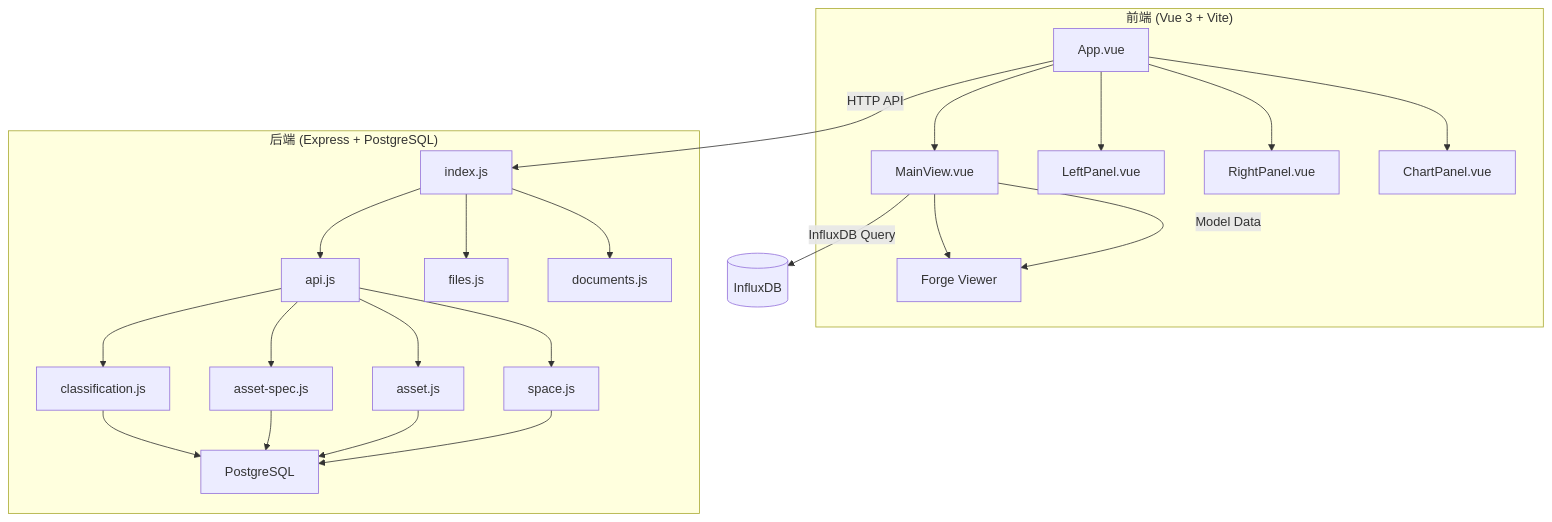
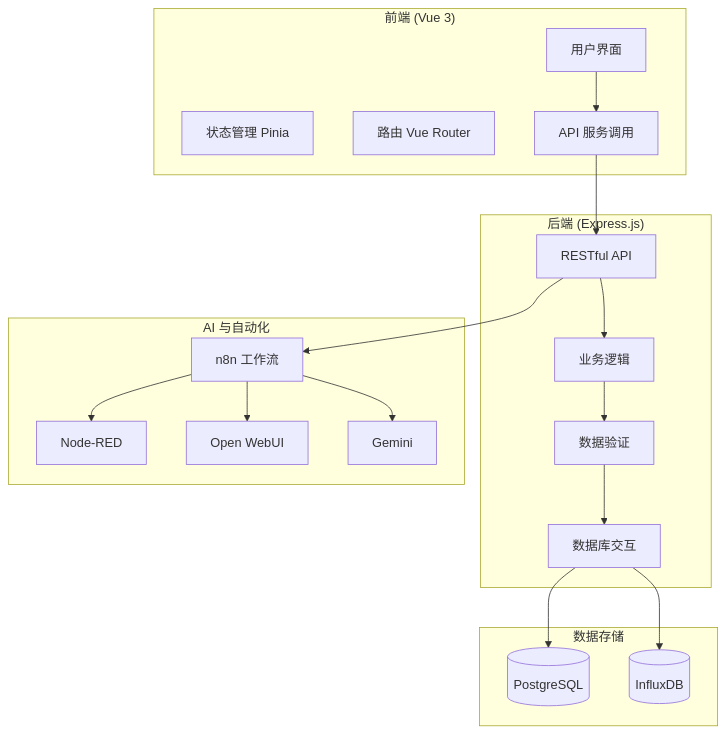
One commit to ideeinfo/TwinSight changed the first of 2 diagrams in .qoder/repowiki/zh/content/系统概述.md. Above: the diagram before and after it, drawn with Mermaid. The commit also changed other lines of this file and 227 other files, not shown here.

````diff
--- a/.qoder/repowiki/zh/content/系统概述.md
+++ b/.qoder/repowiki/zh/content/系统概述.md
@@ -45,26 +52,36 @@
 ```mermaid
 graph TB
-subgraph "前端 (Vue 3 + Vite)"
-A[App.vue] --> B[MainView.vue]
-A --> C[LeftPanel.vue]
-A --> D[RightPanel.vue]
-A --> E[ChartPanel.vue]
-B --> F[Forge Viewer]
+subgraph "前端 (Vue 3)"
+A[用户界面]
+B[状态管理 Pinia]
+C[路由 Vue Router]
+D[API 服务调用]
 end
-subgraph "后端 (Express + PostgreSQL)"
-G[index.js] --> H[api.js]
-G --> I[files.js]
-G --> J[documents.js]
-H --> K[classification.js]
-H --> L[asset-spec.js]
-H --> M[asset.js]
-H --> N[space.js]
-K --> O[PostgreSQL]
-L --> O
-M --> O
-N --> O
+subgraph "后端 (Express.js)"
+E[RESTful API]
+F[业务逻辑]
+G[数据验证]
+H[数据库交互]
 end
-A -- "HTTP API" --> G
-B -- "InfluxDB Query" --> P[(InfluxDB)]
-B -- "Model Data" --> F
+subgraph "数据存储"
+I[(PostgreSQL)]
+J[(InfluxDB)]
+end
+subgraph "AI 与自动化"
+K[n8n 工作流]
+L[Node-RED]
+M[Open WebUI]
+N[Gemini]
+end
+A --> D
+D --> E
+E --> F
+F --> G
+G --> H
+H --> I
+H --> J
+E --> K
+K --> L
+K --> M
+K --> N
 ```
````
